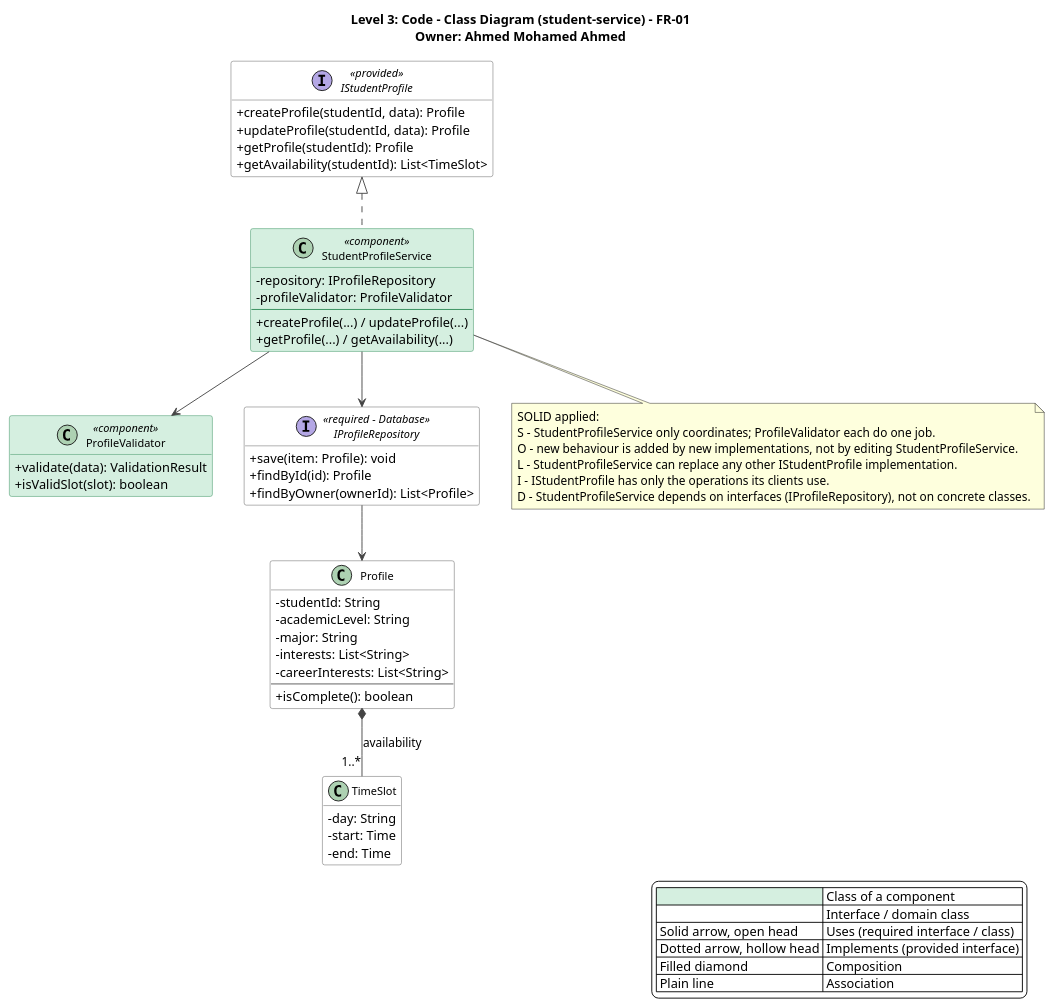
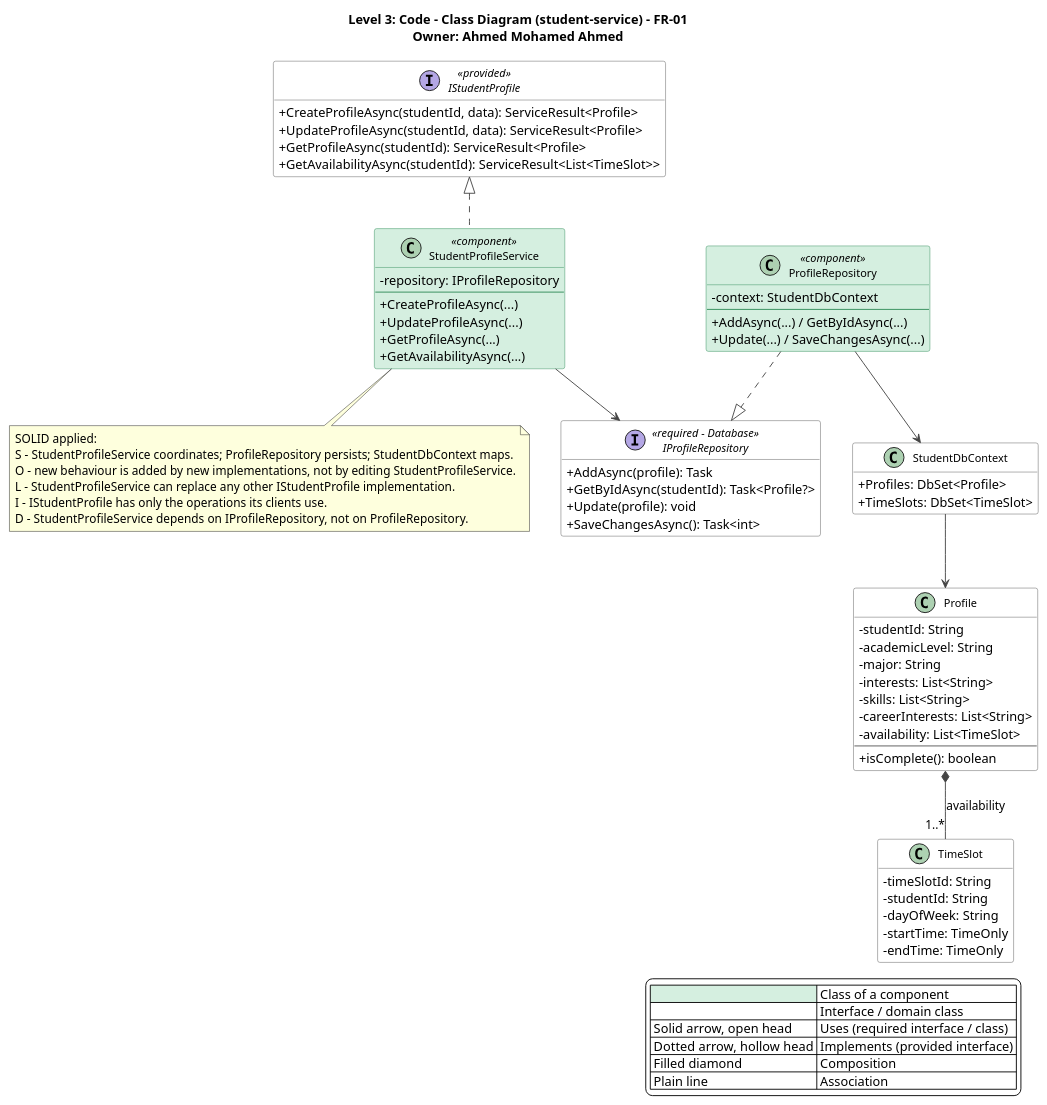
Before and after one commit to AIU-SoftWave/Aspirra: the diagram in docs/PM1/Part A — Design/Class Diagram/01-student-service.puml, drawn with PlantUML. The commit also changed 251 other files, not shown here.

First line of the commit message:
Add unit tests for HabitService and StudentService

```diff
--- a/docs/PM1/Part A — Design/Class Diagram/01-student-service.puml
+++ b/docs/PM1/Part A — Design/Class Diagram/01-student-service.puml
@@ -1,86 +1,101 @@
 @startuml student-service-class-diagram
 title Level 3: Code - Class Diagram (student-service) - FR-01\nOwner: Ahmed Mohamed Ahmed
 top to bottom direction
 skinparam shadowing false
 skinparam defaultFontName Segoe UI
 skinparam backgroundColor #FFFFFF
 skinparam classAttributeIconSize 0
 skinparam classFontSize 12
 skinparam nodesep 35
 skinparam ranksep 55
 skinparam ArrowColor #444444
 skinparam class {
   BackgroundColor #FFFFFF
   BorderColor #555555
   BackgroundColor<<component>> #D5EFE0
   BorderColor<<component>> #2E8B57
 }
 skinparam interface {
   BackgroundColor #FFFFFF
   BorderColor #555555
 }
 hide empty members
 
 legend right
   |<#D5EFE0>   | Class of a component |
   |<#FFFFFF>   | Interface / domain class |
   | Solid arrow, open head | Uses (required interface / class) |
   | Dotted arrow, hollow head | Implements (provided interface) |
   | Filled diamond | Composition |
   | Plain line | Association |
 endlegend
 
 interface IStudentProfile <<provided>> {
-  +createProfile(studentId, data): Profile
-  +updateProfile(studentId, data): Profile
-  +getProfile(studentId): Profile
-  +getAvailability(studentId): List<TimeSlot>
+  +CreateProfileAsync(studentId, data): ServiceResult<Profile>
+  +UpdateProfileAsync(studentId, data): ServiceResult<Profile>
+  +GetProfileAsync(studentId): ServiceResult<Profile>
+  +GetAvailabilityAsync(studentId): ServiceResult<List<TimeSlot>>
 }
 
 class StudentProfileService <<component>> {
   -repository: IProfileRepository
-  -profileValidator: ProfileValidator
   --
-  +createProfile(...) / updateProfile(...)
-  +getProfile(...) / getAvailability(...)
+  +CreateProfileAsync(...)
+  +UpdateProfileAsync(...)
+  +GetProfileAsync(...)
+  +GetAvailabilityAsync(...)
 }
 
-IStudentProfile <|.. StudentProfileService
-class ProfileValidator <<component>> {
-  +validate(data): ValidationResult
-  +isValidSlot(slot): boolean
-}
-StudentProfileService --> ProfileValidator
-
 interface IProfileRepository <<required - Database>> {
-  +save(item: Profile): void
-  +findById(id): Profile
-  +findByOwner(ownerId): List<Profile>
+  +AddAsync(profile): Task
+  +GetByIdAsync(studentId): Task<Profile?>
+  +Update(profile): void
+  +SaveChangesAsync(): Task<int>
 }
 
-StudentProfileService --> IProfileRepository
+class ProfileRepository <<component>> {
+  -context: StudentDbContext
+  --
+  +AddAsync(...) / GetByIdAsync(...)
+  +Update(...) / SaveChangesAsync(...)
+}
+
+class StudentDbContext {
+  +Profiles: DbSet<Profile>
+  +TimeSlots: DbSet<TimeSlot>
+}
+
 class Profile {
   -studentId: String
   -academicLevel: String
   -major: String
   -interests: List<String>
+  -skills: List<String>
   -careerInterests: List<String>
+  -availability: List<TimeSlot>
   --
   +isComplete(): boolean
 }
 class TimeSlot {
-  -day: String
-  -start: Time
-  -end: Time
+  -timeSlotId: String
+  -studentId: String
+  -dayOfWeek: String
+  -startTime: TimeOnly
+  -endTime: TimeOnly
 }
-IProfileRepository --> Profile
+
+IStudentProfile <|.. StudentProfileService
+StudentProfileService --> IProfileRepository
+ProfileRepository ..|> IProfileRepository
+ProfileRepository --> StudentDbContext
+StudentDbContext --> Profile
 Profile *-- "1..*" TimeSlot : availability
 note bottom of StudentProfileService
 SOLID applied:
-S - StudentProfileService only coordinates; ProfileValidator each do one job.
+S - StudentProfileService coordinates; ProfileRepository persists; StudentDbContext maps.
 O - new behaviour is added by new implementations, not by editing StudentProfileService.
 L - StudentProfileService can replace any other IStudentProfile implementation.
 I - IStudentProfile has only the operations its clients use.
-D - StudentProfileService depends on interfaces (IProfileRepository), not on concrete classes.
+D - StudentProfileService depends on IProfileRepository, not on ProfileRepository.
 end note
 @enduml
```
